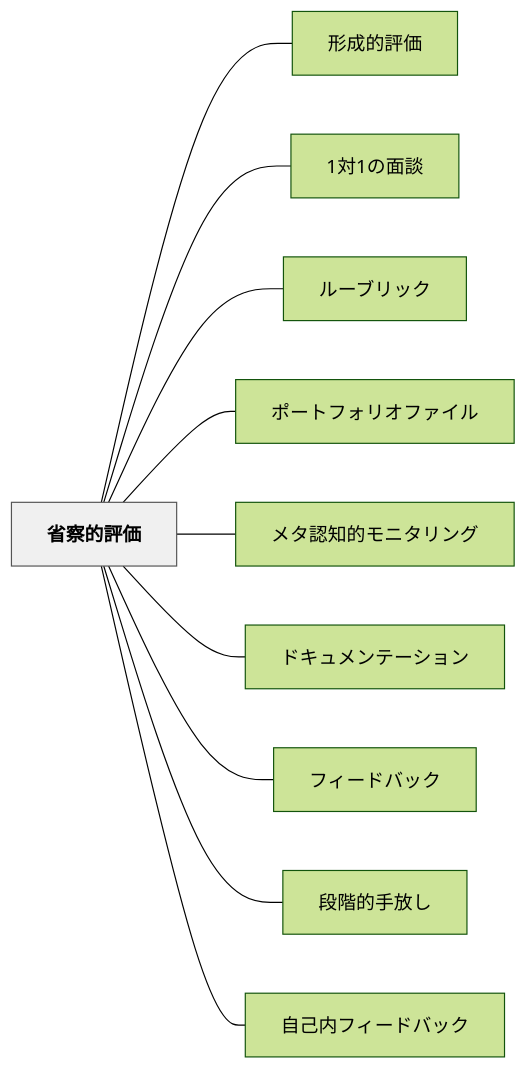
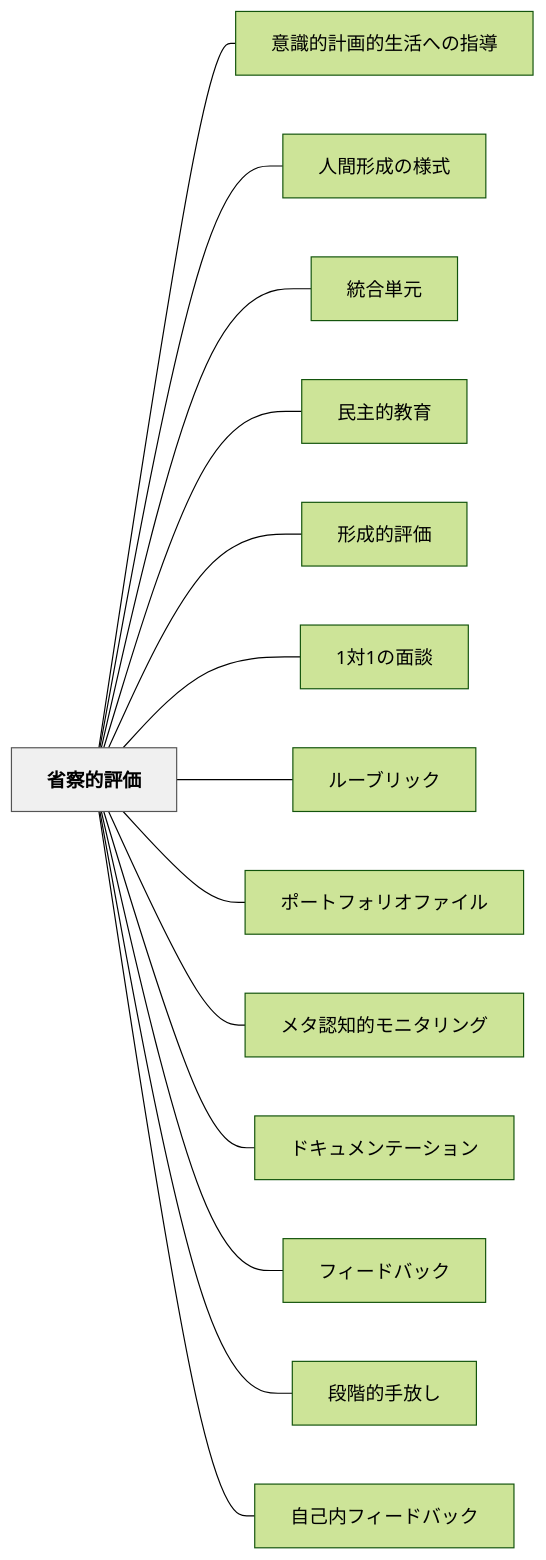
Before and after one commit to unknownthings-ed-patterns/unknownthings-ed-patterns: the diagram in content/パタン/省察的評価.md, drawn with Mermaid (forest theme). The commit also changed other lines of this file and 473 other files, not shown here.

````diff
--- a/content/パタン/省察的評価.md
+++ b/content/パタン/省察的評価.md
@@ -206,26 +210,34 @@
 ```mermaid
 flowchart LR
     ne79c81e5af9f["省察的評価"]
+    ne6848fe8ad98["意識的計画的生活への指導"]
+    ne4babae99693["人間形成の様式"]
+    ne7b5b1e59088["統合単元"]
+    ne6b091e4b8bb["民主的教育"]
     ne5bda2e68890["形成的評価"]
     n31e5afbe31e3["1対1の面談"]
     ne383abe383bc["ルーブリック"]
     ne3839de383bc["ポートフォリオファイル"]
     ne383a1e382bf["メタ認知的モニタリング"]
     ne38389e382ad["ドキュメンテーション"]
     ne38395e382a3["フィードバック"]
     ne6aeb5e99a8e["段階的手放し"]
     ne887aae5b7b1["自己内フィードバック"]
 
+    ne79c81e5af9f --- ne6848fe8ad98
+    ne79c81e5af9f --- ne4babae99693
+    ne79c81e5af9f --- ne7b5b1e59088
+    ne79c81e5af9f --- ne6b091e4b8bb
     ne79c81e5af9f --- ne5bda2e68890
     ne79c81e5af9f --- n31e5afbe31e3
     ne79c81e5af9f --- ne383abe383bc
     ne79c81e5af9f --- ne3839de383bc
     ne79c81e5af9f --- ne383a1e382bf
     ne79c81e5af9f --- ne38389e382ad
     ne79c81e5af9f --- ne38395e382a3
     ne79c81e5af9f --- ne6aeb5e99a8e
     ne79c81e5af9f --- ne887aae5b7b1
 
     classDef hub fill:#f0f0f0,stroke:#555,color:#000,font-weight:bold
     class ne79c81e5af9f hub
 ```
````
